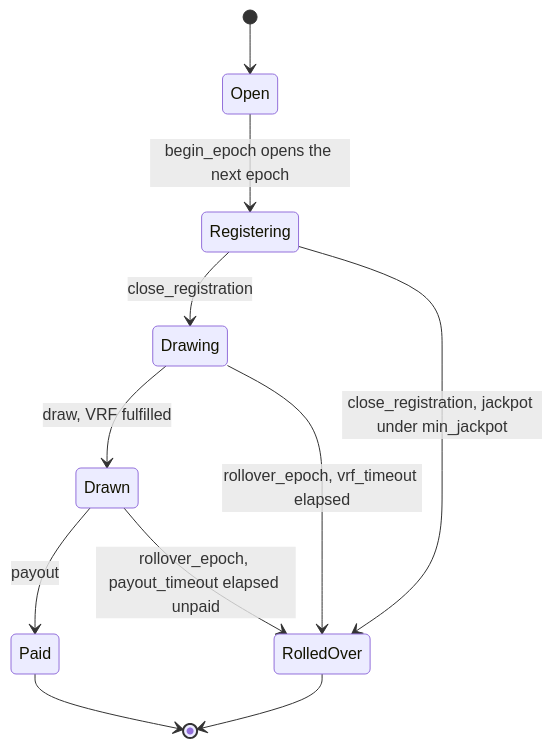
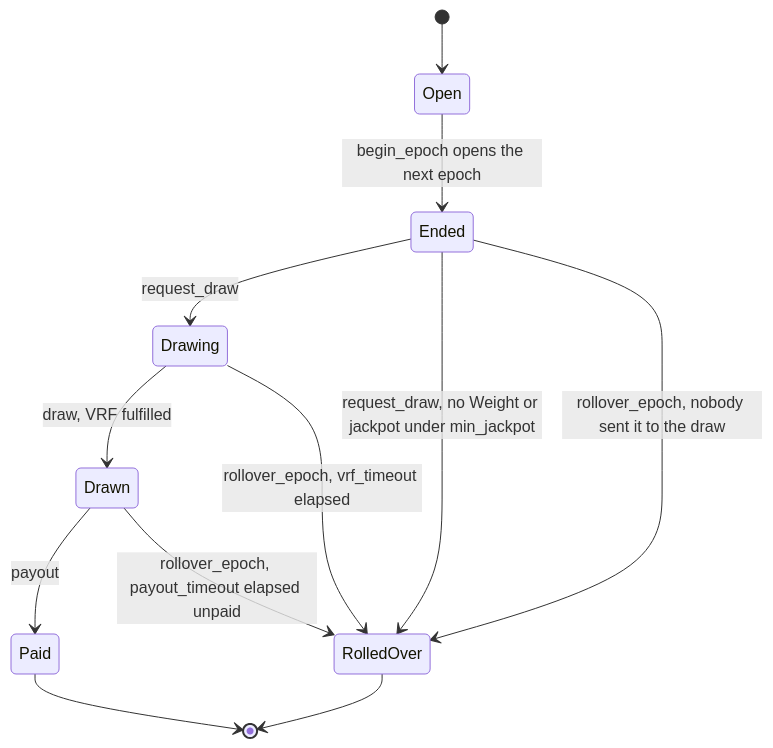
Before and after one commit to easonchai/hexofun: the third of 4 diagrams in docs/architecture.md, drawn with Mermaid. The commit also changed other lines of this file and 32 other files, not shown here.

````diff
--- a/docs/architecture.md
+++ b/docs/architecture.md
@@ -146,13 +146,14 @@
 ```mermaid
 stateDiagram-v2
     [*] --> Open
-    Open --> Registering: begin_epoch opens the next epoch
-    Registering --> Drawing: close_registration
-    Registering --> RolledOver: close_registration, jackpot under min_jackpot
+    Open --> Ended: begin_epoch opens the next epoch
+    Ended --> Drawing: request_draw
+    Ended --> RolledOver: request_draw, no Weight or jackpot under min_jackpot
+    Ended --> RolledOver: rollover_epoch, nobody sent it to the draw
     Drawing --> Drawn: draw, VRF fulfilled
     Drawing --> RolledOver: rollover_epoch, vrf_timeout elapsed
     Drawn --> Paid: payout
     Drawn --> RolledOver: rollover_epoch, payout_timeout elapsed unpaid
     Paid --> [*]
     RolledOver --> [*]
 ```
````
